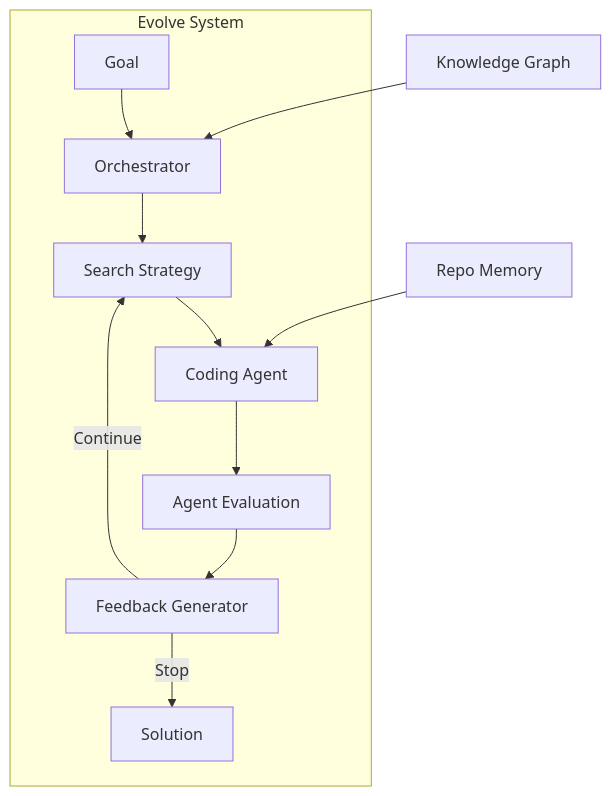
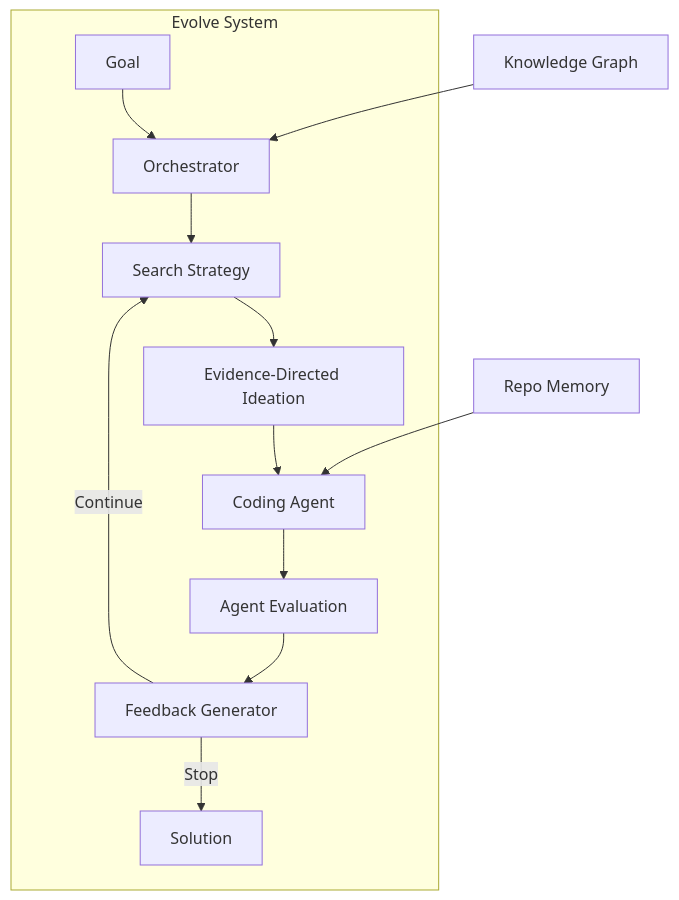
Before and after one commit to Leeroo-AI/kapso: the diagram in docs/evolve/overview.mdx, drawn with Mermaid. The commit also changed other lines of this file and 97 other files, not shown here.

First line of the commit message:
feat: complete evidence-directed ideation v3

````diff
--- a/docs/evolve/overview.mdx
+++ b/docs/evolve/overview.mdx
@@ -12,15 +12,16 @@
 ```mermaid
 flowchart TB
     subgraph Evolve["Evolve System"]
         G[Goal] --> O[Orchestrator]
         O --> SS[Search Strategy]
-        SS --> CA[Coding Agent]
+        SS --> ID[Evidence-Directed Ideation]
+        ID --> CA[Coding Agent]
         CA --> AE[Agent Evaluation]
         AE --> FG[Feedback Generator]
         FG -->|Continue| SS
         FG -->|Stop| S[Solution]
     end
     
     KG[Knowledge Graph] --> O
     RM[Repo Memory] --> CA
 ```
````
